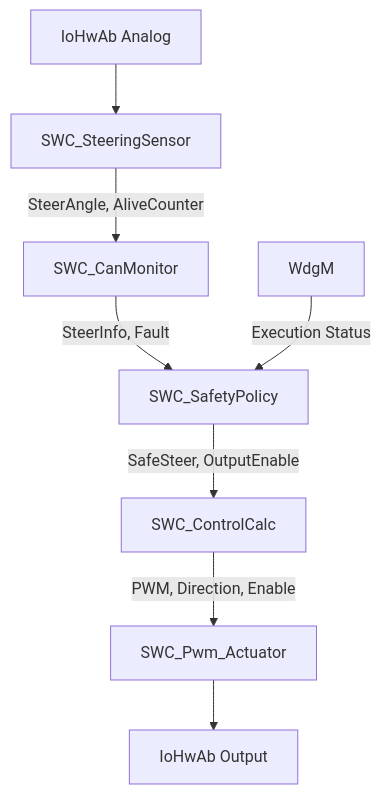
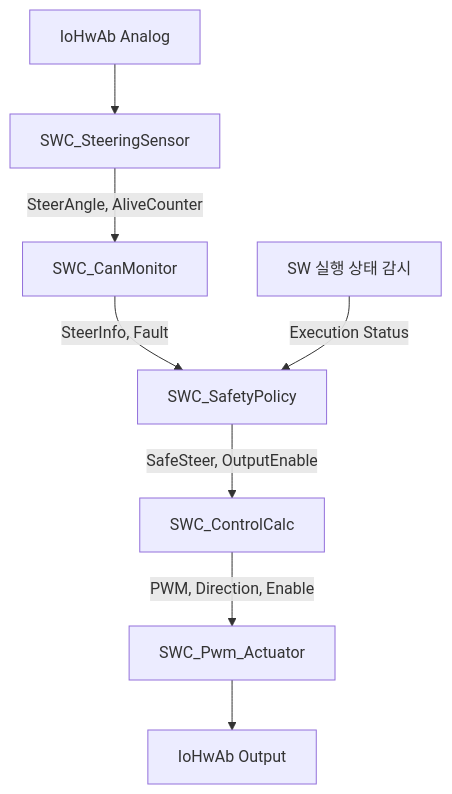
Before and after one commit to kwangil1245-code/iso26262-sbw-failsafe: the second of 5 diagrams in iso26262-sbw-failsafe/workproducts/04_SW_Architecture_Design.md, drawn with Mermaid. The commit also changed other lines of this file, not shown here.

````diff
--- a/iso26262-sbw-failsafe/workproducts/04_SW_Architecture_Design.md
+++ b/iso26262-sbw-failsafe/workproducts/04_SW_Architecture_Design.md
@@ -108,10 +149,16 @@
 ```mermaid
 flowchart TD
     ADC["IoHwAb Analog"] --> SS["SWC_SteeringSensor"]
+
     SS -->|"SteerAngle, AliveCounter"| CM["SWC_CanMonitor"]
+
     CM -->|"SteerInfo, Fault"| SP["SWC_SafetyPolicy"]
-    WD["WdgM"] -->|"Execution Status"| SP
+
+    EXEC["SW 실행 상태 감시"] -->|"Execution Status"| SP
+
     SP -->|"SafeSteer, OutputEnable"| CC["SWC_ControlCalc"]
+
     CC -->|"PWM, Direction, Enable"| PA["SWC_Pwm_Actuator"]
+
     PA --> HW["IoHwAb Output"]
 ```
````
